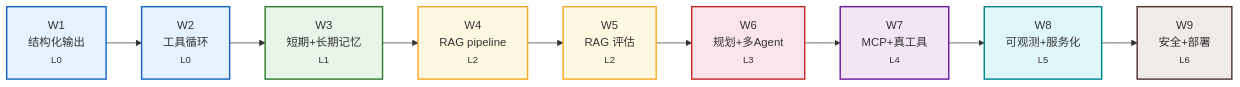
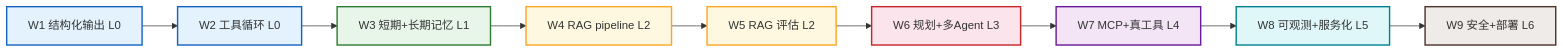
Before and after one commit to bucolicwalker-ops/teammate: the second of 2 diagrams in README.md, drawn with Mermaid. The commit also changed other lines of this file, not shown here.

Commit message:
fix: Mermaid 兼容性 — 去除 & 多目标语法 + <small> 标签 + 回边

````diff
--- a/README.md
+++ b/README.md
@@ -147,22 +150,22 @@
 ```mermaid
 flowchart LR
-    W1["W1<br/>结构化输出<br/><small>L0</small>"]:::l0
-    W2["W2<br/>工具循环<br/><small>L0</small>"]:::l0
-    W3["W3<br/>短期+长期记忆<br/><small>L1</small>"]:::l1
-    W4["W4<br/>RAG pipeline<br/><small>L2</small>"]:::l2
-    W5["W5<br/>RAG 评估<br/><small>L2</small>"]:::l2
-    W6["W6<br/>规划+多Agent<br/><small>L3</small>"]:::l3
-    W7["W7<br/>MCP+真工具<br/><small>L4</small>"]:::l4
-    W8["W8<br/>可观测+服务化<br/><small>L5</small>"]:::l5
-    W9["W9<br/>安全+部署<br/><small>L6</small>"]:::l6
+    W1["W1 结构化输出 L0"]:::l0
+    W2["W2 工具循环 L0"]:::l0
+    W3["W3 短期+长期记忆 L1"]:::l1
+    W4["W4 RAG pipeline L2"]:::l2
+    W5["W5 RAG 评估 L2"]:::l2
+    W6["W6 规划+多Agent L3"]:::l3
+    W7["W7 MCP+真工具 L4"]:::l4
+    W8["W8 可观测+服务化 L5"]:::l5
+    W9["W9 安全+部署 L6"]:::l6
 
     W1 --> W2 --> W3 --> W4 --> W5 --> W6 --> W7 --> W8 --> W9
 
     classDef l0 fill:#e3f2fd,stroke:#1565c0,stroke-width:2px,color:#333
     classDef l1 fill:#e8f5e9,stroke:#2e7d32,stroke-width:2px,color:#333
     classDef l2 fill:#fff8e1,stroke:#f9a825,stroke-width:2px,color:#333
     classDef l3 fill:#fce4ec,stroke:#c62828,stroke-width:2px,color:#333
     classDef l4 fill:#f3e5f5,stroke:#6a1b9a,stroke-width:2px,color:#333
     classDef l5 fill:#e0f7fa,stroke:#00838f,stroke-width:2px,color:#333
     classDef l6 fill:#efebe9,stroke:#4e342e,stroke-width:2px,color:#333
 ```
````
